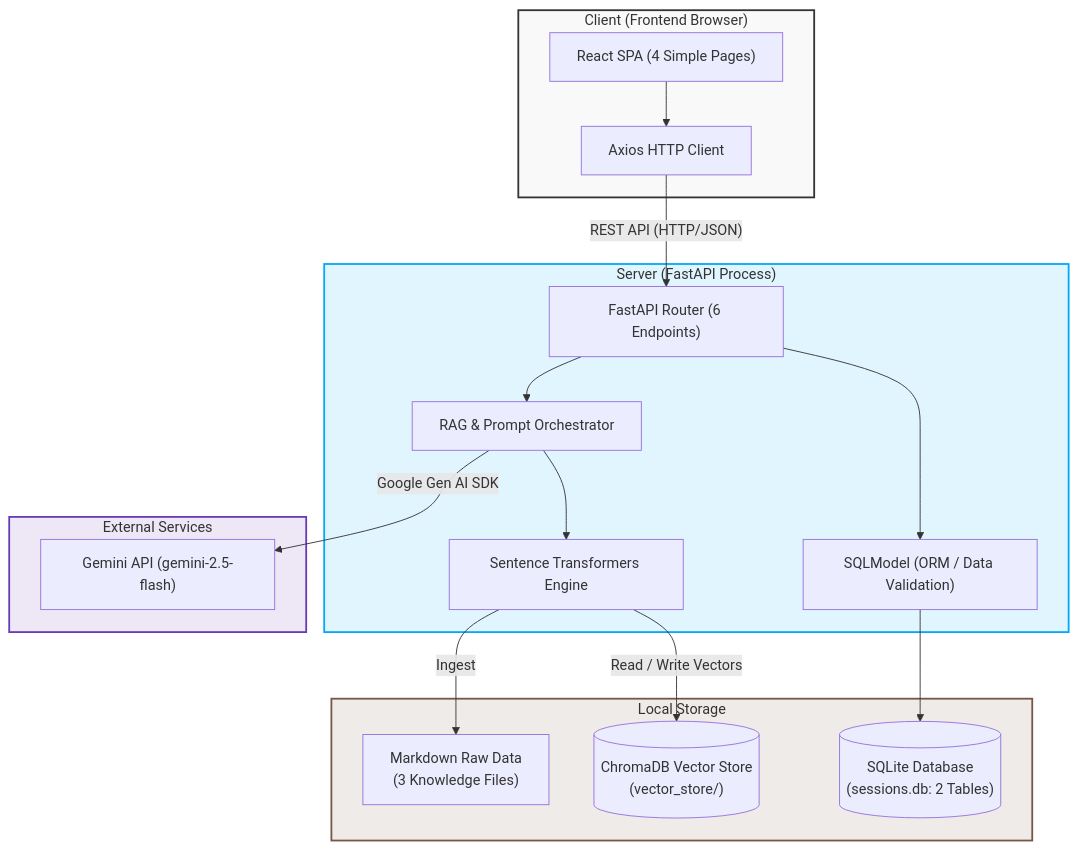
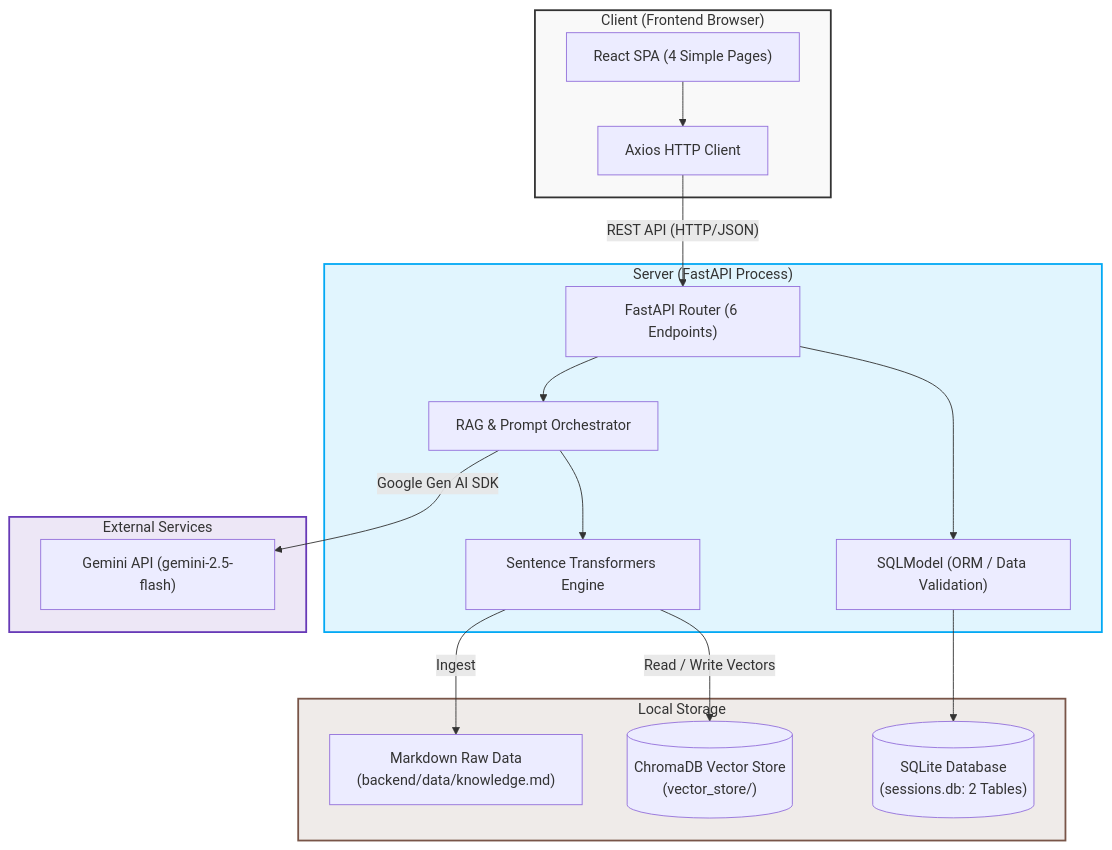
Before and after one commit to Sandhuu010/ai-interview-coach: the first of 3 diagrams in docs/Architecture.md, drawn with Mermaid. The commit also changed other lines of this file and 3 other files, not shown here.

````diff
--- a/docs/Architecture.md
+++ b/docs/Architecture.md
@@ -17,40 +19,40 @@
 ```mermaid
 graph TD
     subgraph Client ["Client (Frontend Browser)"]
         ReactApp["React SPA (4 Simple Pages)"]
         AxiosClient["Axios HTTP Client"]
         ReactApp --> AxiosClient
     end
 
     subgraph Server ["Server (FastAPI Process)"]
         FastAPI_Router["FastAPI Router (6 Endpoints)"]
         SQLModel_ORM["SQLModel (ORM / Data Validation)"]
         EmbeddingEngine["Sentence Transformers Engine"]
         RAG_Orchestrator["RAG & Prompt Orchestrator"]
         
         AxiosClient -- "REST API (HTTP/JSON)" --> FastAPI_Router
         FastAPI_Router --> SQLModel_ORM
         FastAPI_Router --> RAG_Orchestrator
         RAG_Orchestrator --> EmbeddingEngine
     end
 
     subgraph Storage ["Local Storage"]
         SQLite_DB[("SQLite Database<br>(sessions.db: 2 Tables)")]
         Chroma_DB[("ChromaDB Vector Store<br>(vector_store/)")]
-        Markdown_Files["Markdown Raw Data<br>(3 Knowledge Files)"]
+        Markdown_File["Markdown Raw Data<br>(backend/data/knowledge.md)"]
         
         SQLModel_ORM --> SQLite_DB
         EmbeddingEngine -- "Read / Write Vectors" --> Chroma_DB
-        EmbeddingEngine -- "Ingest" --> Markdown_Files
+        EmbeddingEngine -- "Ingest" --> Markdown_File
     end
 
     subgraph External_AI ["External Services"]
         GeminiAPI["Gemini API (gemini-2.5-flash)"]
         RAG_Orchestrator -- "Google Gen AI SDK" --> GeminiAPI
     end
     
     style Client fill:#f9f9f9,stroke:#333,stroke-width:2px
     style Server fill:#e1f5fe,stroke:#03a9f4,stroke-width:2px
     style Storage fill:#efebe9,stroke:#795548,stroke-width:2px
     style External_AI fill:#ede7f6,stroke:#673ab7,stroke-width:2px
 ```
````
